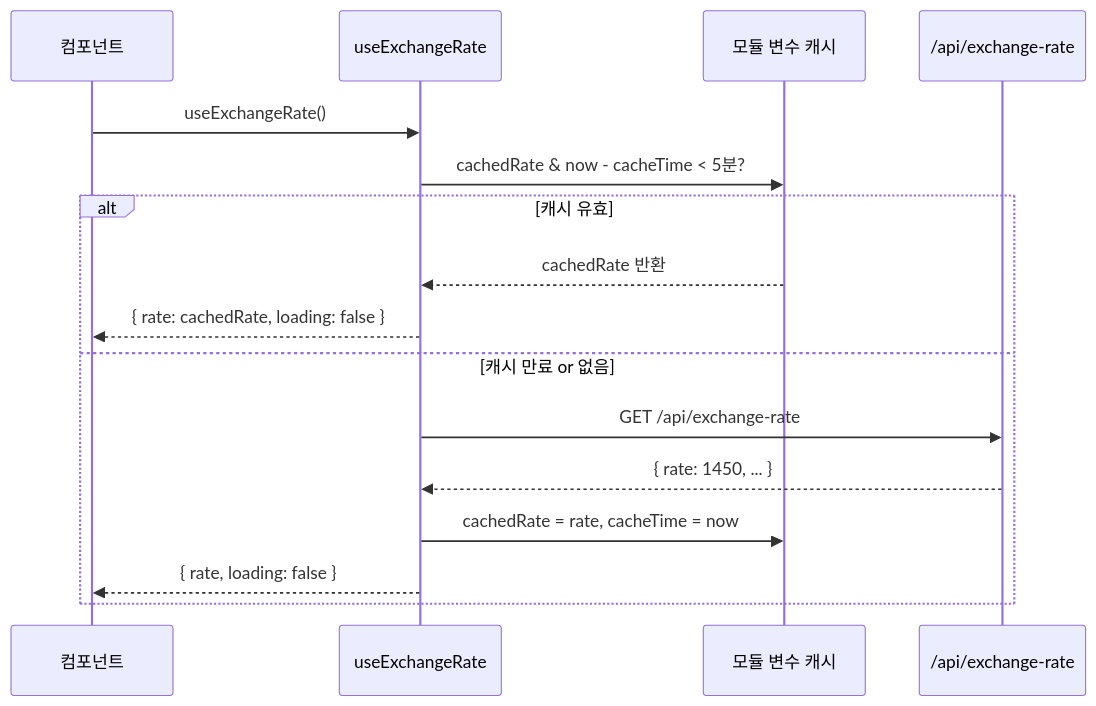
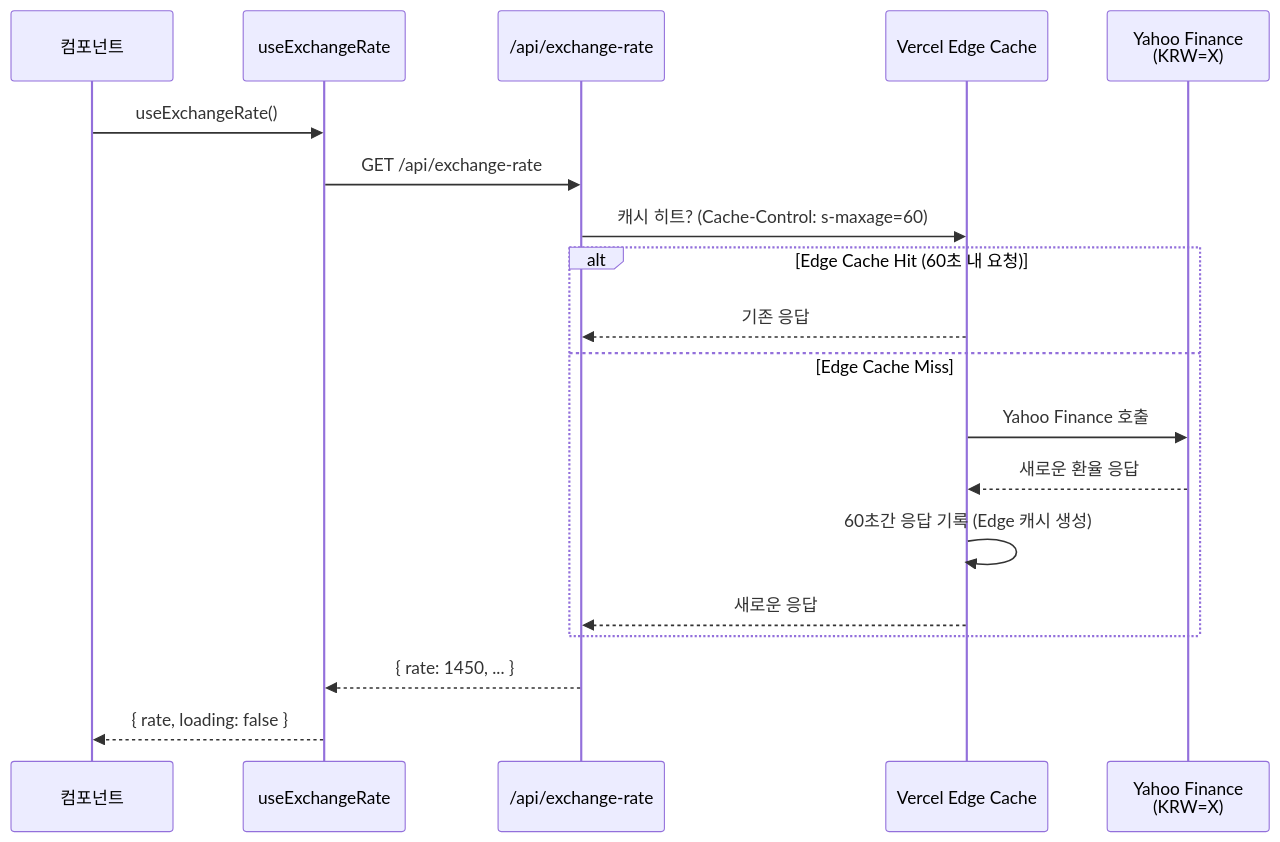
The seventh of 7 diagrams in docs/architecture/data-flow.md (jm4293/us-stock-desk), drawn with Mermaid before and after one commit. The commit also changed other lines of this file and 17 other files, not shown here.

````diff
--- a/docs/architecture/data-flow.md
+++ b/docs/architecture/data-flow.md
@@ -230,20 +214,25 @@
 ```mermaid
 sequenceDiagram
     participant Comp as 컴포넌트
     participant Hook as useExchangeRate
-    participant Cache as 모듈 변수 캐시
     participant API as /api/exchange-rate
+    participant Vercel as Vercel Edge Cache
+    participant Yahoo as Yahoo Finance<br/>(KRW=X)
 
     Comp->>Hook: useExchangeRate()
-    Hook->>Cache: cachedRate & now - cacheTime < 5분?
+    Hook->>API: GET /api/exchange-rate
 
-    alt 캐시 유효
-        Cache-->>Hook: cachedRate 반환
-        Hook-->>Comp: { rate: cachedRate, loading: false }
-    else 캐시 만료 or 없음
-        Hook->>API: GET /api/exchange-rate
-        API-->>Hook: { rate: 1450, ... }
-        Hook->>Cache: cachedRate = rate, cacheTime = now
-        Hook-->>Comp: { rate, loading: false }
+    API->>Vercel: 캐시 히트? (Cache-Control: s-maxage=60)
+
+    alt Edge Cache Hit (60초 내 요청)
+        Vercel-->>API: 기존 응답
+    else Edge Cache Miss
+        Vercel->>Yahoo: Yahoo Finance 호출
+        Yahoo-->>Vercel: 새로운 환율 응답
+        Vercel->>Vercel: 60초간 응답 기록 (Edge 캐시 생성)
+        Vercel-->>API: 새로운 응답
     end
+
+    API-->>Hook: { rate: 1450, ... }
+    Hook-->>Comp: { rate, loading: false }
 ```
````
